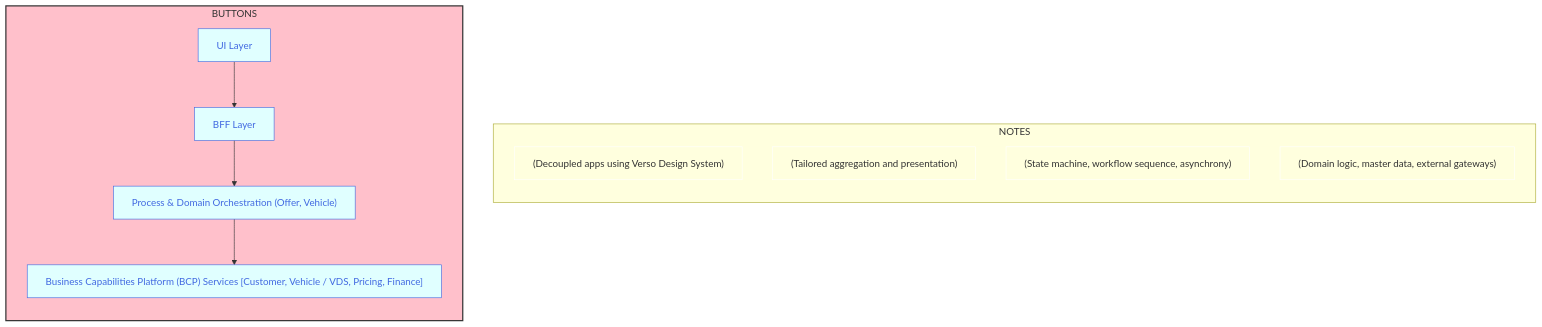
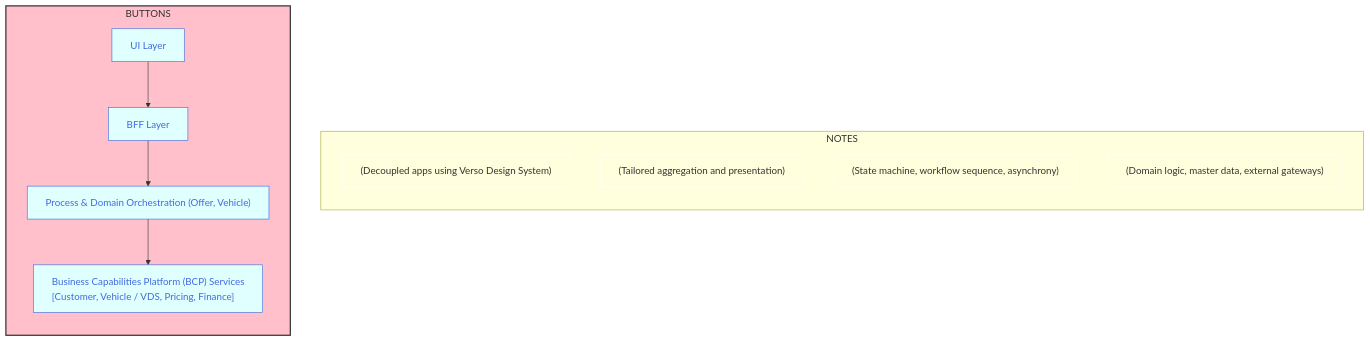
The diagram in buttons_mermaid_v3.md (joe-dorward/samples), drawn with Mermaid before and after one commit.

````diff
--- a/buttons_mermaid_v3.md
+++ b/buttons_mermaid_v3.md
@@ -3,49 +3,49 @@
 ```mermaid
   %%{
     init: {"flowchart": { "markdownAutoWrap":"false", "textWrap":"false", "wrappingWidth": "100%" }
     }
   }%%
   flowchart LR
 
   %% define styles
   %%classDef Group fill:pink, text-align:left;
 
   classDef Button fill:lightcyan, stroke:royalblue, color:royalblue, text-align:left;
   classDef Note fill:transparent, stroke:white, text-align:left;
   %% ---------- ---------- ---------- ---------- ---------- ---------- ---------- ---------- ---------- ----------
   subgraph BUTTONS
     direction TD
 
     BUTTON_01["UI Layer"]:::Button
     click BUTTON_01 "https://en.wikipedia.org/wiki/Main_Page" _blank
 
     BUTTON_02["BFF Layer"]:::Button
     click BUTTON_02 "https://en.wikipedia.org/wiki/Main_Page" _blank
 
     BUTTON_03["Process & Domain Orchestration (Offer, Vehicle)"]:::Button
     click BUTTON_03 "https://en.wikipedia.org/wiki/Main_Page" _blank
 
-    BUTTON_04["Business Capabilities Platform (BCP) Services [Customer, Vehicle / VDS, Pricing, Finance]"]:::Button
+    BUTTON_04["Business Capabilities Platform (BCP) Services<br/>[Customer, Vehicle / VDS, Pricing, Finance]"]:::Button
     click BUTTON_04 "https://en.wikipedia.org/wiki/Main_Page" _blank
   end
   style BUTTONS fill:pink,stroke:#333,stroke-width:2px, text-align:left
   %% ---------- ---------- ---------- ---------- ---------- ---------- ---------- ---------- ---------- ----------
   subgraph NOTES
     direction TD
     BUTTON_01_NOTE["(Decoupled apps using Verso Design System)"]:::Note
     BUTTON_02_NOTE["(Tailored aggregation and presentation)"]:::Note
     BUTTON_03_NOTE["(State machine, workflow sequence, asynchrony)"]:::Note
     BUTTON_04_NOTE["(Domain logic, master data, external gateways)"]:::Note
   end
   %% ---------- ---------- ---------- ---------- ---------- ---------- ---------- ---------- ---------- ----------
   %% invisibly connect BUTTONS (sub-graph) to NOTES (sub-graph)
   BUTTONS~~~
   NOTES
   %% ---------- ---------- ---------- ---------- ---------- ---------- ---------- ---------- ---------- ----------
   %% connect buttons
   BUTTON_01-->
   BUTTON_02-->
   BUTTON_03-->
   BUTTON_04
   %% ---------- ---------- ---------- ---------- ---------- ---------- ---------- ---------- ---------- ----------
 ```
````
